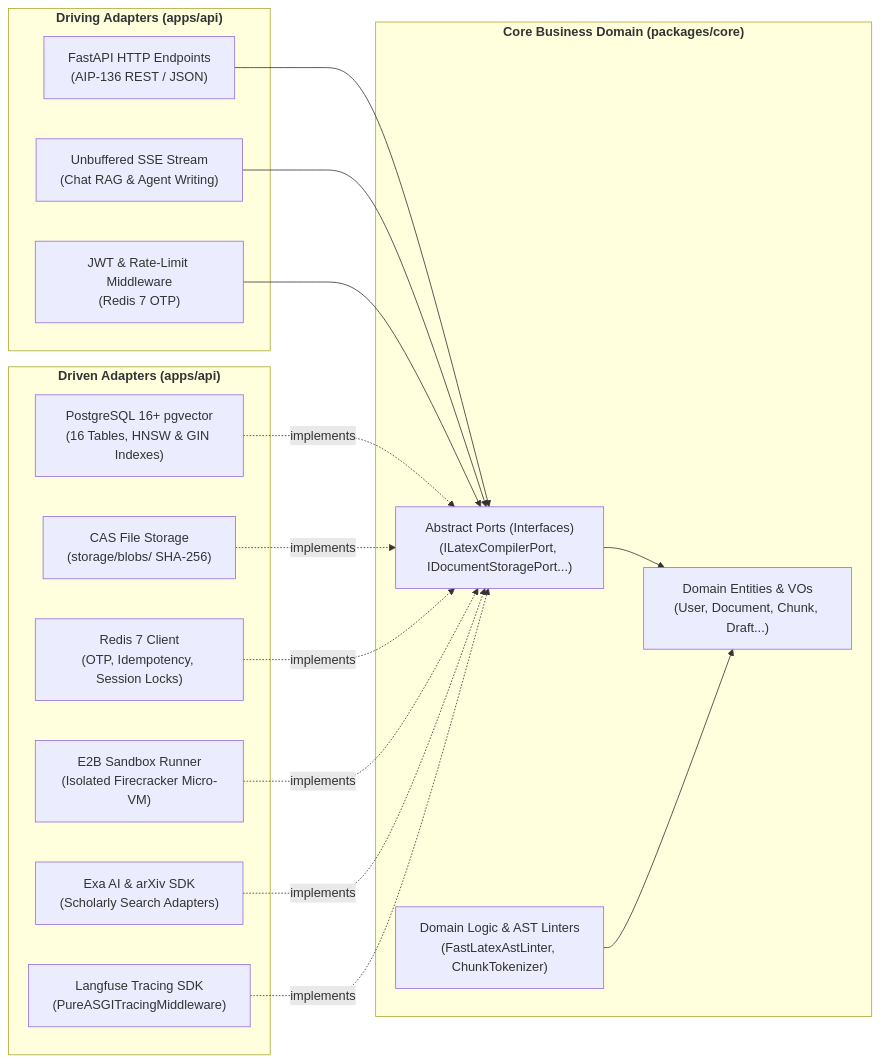
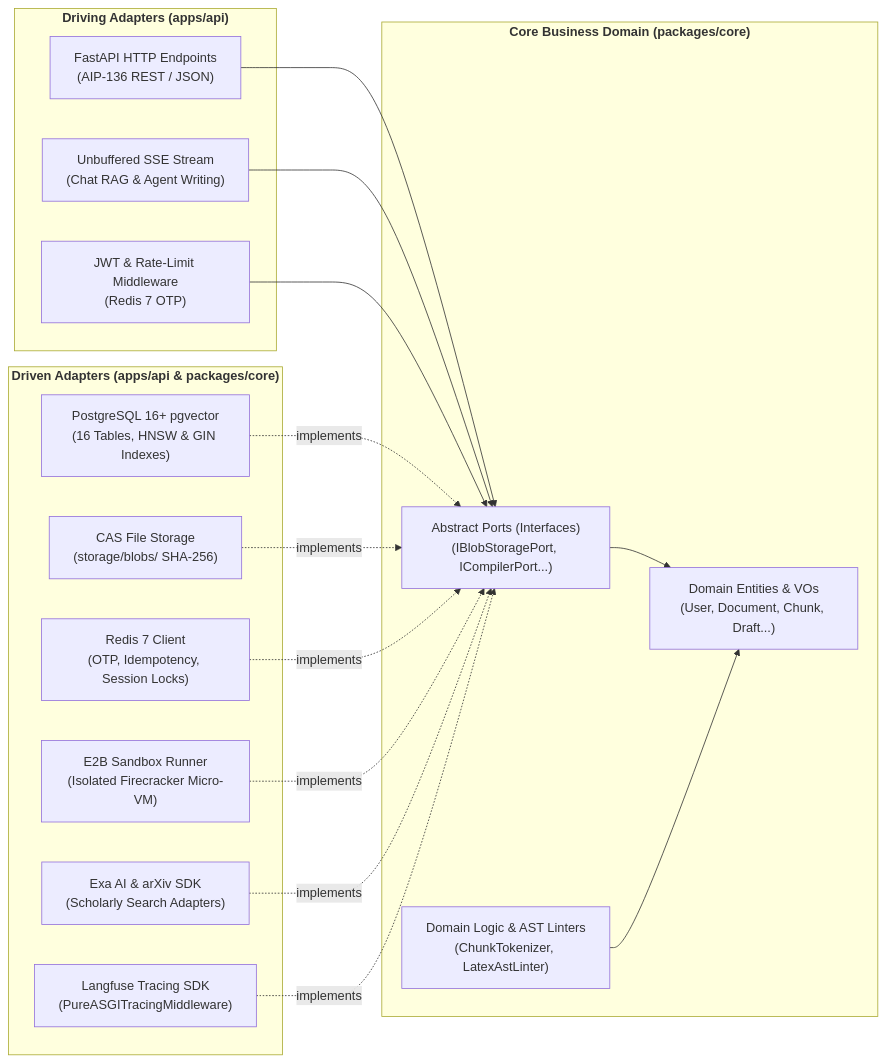
One commit to dammanhdungvn/VeriScholar changed the first of 2 diagrams in docs/specs/00-foundation-architecture-and-db.md. Above: the diagram before and after it, drawn with Mermaid. The commit also changed other lines of this file and 20 other files, not shown here.

````diff
--- a/docs/specs/00-foundation-architecture-and-db.md
+++ b/docs/specs/00-foundation-architecture-and-db.md
@@ -36,36 +26,36 @@
 ```mermaid
 flowchart LR
     subgraph DrivingAdapters ["<b>Driving Adapters (apps/api)</b>"]
         FastAPI["FastAPI HTTP Endpoints<br/>(AIP-136 REST / JSON)"]
         SSEStream["Unbuffered SSE Stream<br/>(Chat RAG & Agent Writing)"]
         AuthMiddleware["JWT & Rate-Limit Middleware<br/>(Redis 7 OTP)"]
     end
 
     subgraph CoreDomain ["<b>Core Business Domain (packages/core)</b>"]
         Entities["Domain Entities & VOs<br/>(User, Document, Chunk, Draft...)"]
-        Ports["Abstract Ports (Interfaces)<br/>(ILatexCompilerPort, IDocumentStoragePort...)"]
-        BusinessServices["Domain Logic & AST Linters<br/>(FastLatexAstLinter, ChunkTokenizer)"]
+        Ports["Abstract Ports (Interfaces)<br/>(IBlobStoragePort, ICompilerPort...)"]
+        BusinessServices["Domain Logic & AST Linters<br/>(ChunkTokenizer, LatexAstLinter)"]
     end
 
-    subgraph DrivenAdapters ["<b>Driven Adapters (apps/api)</b>"]
+    subgraph DrivenAdapters ["<b>Driven Adapters (apps/api & packages/core)</b>"]
         PG["PostgreSQL 16+ pgvector<br/>(16 Tables, HNSW & GIN Indexes)"]
         CASDisk["CAS File Storage<br/>(storage/blobs/ SHA-256)"]
         RedisClient["Redis 7 Client<br/>(OTP, Idempotency, Session Locks)"]
         E2BClient["E2B Sandbox Runner<br/>(Isolated Firecracker Micro-VM)"]
         ExaClient["Exa AI & arXiv SDK<br/>(Scholarly Search Adapters)"]
         LangfuseClient["Langfuse Tracing SDK<br/>(PureASGITracingMiddleware)"]
     end
 
     FastAPI --> Ports
     SSEStream --> Ports
     AuthMiddleware --> Ports
     Ports --> Entities
     BusinessServices --> Entities
 
     PG -.implements.-> Ports
     CASDisk -.implements.-> Ports
     RedisClient -.implements.-> Ports
     E2BClient -.implements.-> Ports
     ExaClient -.implements.-> Ports
     LangfuseClient -.implements.-> Ports
 ```
````
